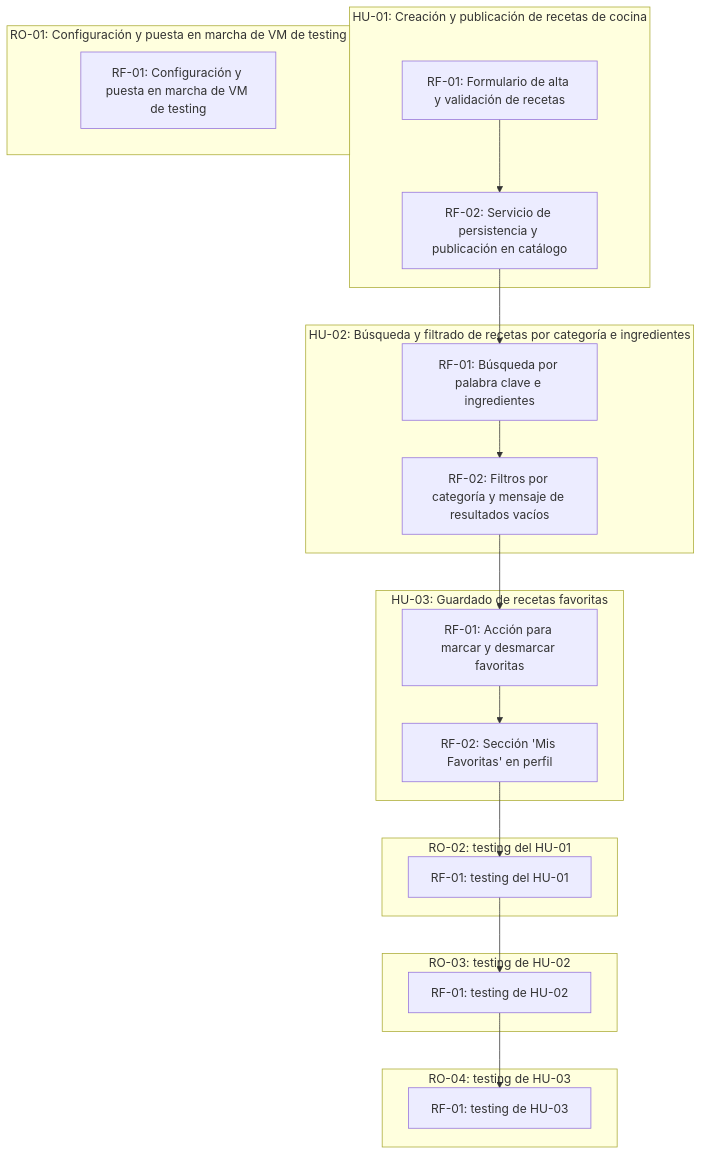
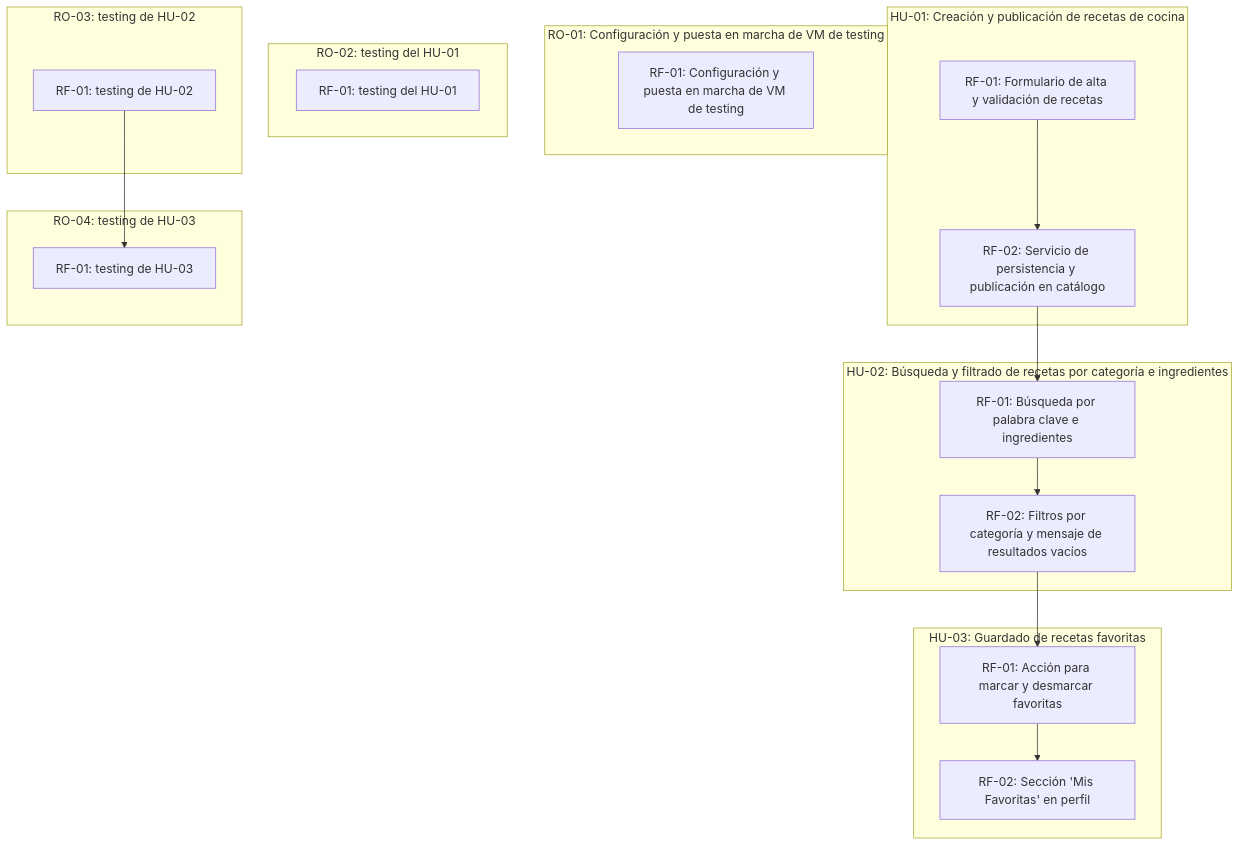
Before and after one commit to SVGiannoni/RecetasPanaRossi: the diagram in scrumDocs/grafo.md, drawn with Mermaid. The commit also changed other lines of this file, not shown here.

Commit message:
Auto-publish: actualiza scrumDocs/grafo.md

````diff
--- a/scrumDocs/grafo.md
+++ b/scrumDocs/grafo.md
@@ -5,35 +5,33 @@
 ```mermaid
 graph TD
   subgraph US_1788784804716["HU-01: Creación y publicación de recetas de cocina"]
     REQ_1788785182545["RF-01: Formulario de alta y validación de recetas"]
     REQ_1788785196739["RF-02: Servicio de persistencia y publicación en catálogo"]
   end
   subgraph US_1788784817567["HU-02: Búsqueda y filtrado de recetas por categoría e ingredientes"]
     REQ_1788785446610["RF-01: Búsqueda por palabra clave e ingredientes"]
     REQ_1788785477255["RF-02: Filtros por categoría y mensaje de resultados vacíos"]
   end
   subgraph US_1788784829317["HU-03: Guardado de recetas favoritas"]
     REQ_1788785498187["RF-01: Acción para marcar y desmarcar favoritas"]
     REQ_1788785510602["RF-02: Sección 'Mis Favoritas' en perfil"]
   end
   subgraph US_1788785524805["RO-01: Configuración y puesta en marcha de VM de testing"]
     REQ_1788785524811["RF-01: Configuración y puesta en marcha de VM de testing"]
   end
   subgraph US_1788790818388["RO-02: testing del HU-01"]
     REQ_1788790818395["RF-01: testing del HU-01"]
   end
   subgraph US_1788790905857["RO-03: testing de HU-02"]
     REQ_1788790905863["RF-01: testing de HU-02"]
   end
   subgraph US_1788790968088["RO-04: testing de HU-03"]
     REQ_1788790968095["RF-01: testing de HU-03"]
   end
   REQ_1788785182545 --> REQ_1788785196739
   REQ_1788785196739 --> REQ_1788785446610
   REQ_1788785446610 --> REQ_1788785477255
   REQ_1788785477255 --> REQ_1788785498187
   REQ_1788785498187 --> REQ_1788785510602
-  REQ_1788785510602 --> REQ_1788790818395
-  REQ_1788790818395 --> REQ_1788790905863
   REQ_1788790905863 --> REQ_1788790968095
 ```
````
